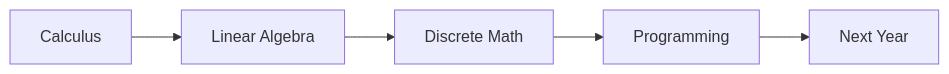
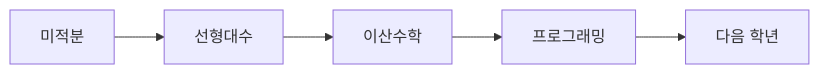
The diagram in content/computer-science-major-101/ko/02-first-year-subjects.md (yeongseon-books/book-content), drawn with Mermaid before and after one commit. The commit also changed other lines of this file and 8 other files, not shown here.

````diff
--- a/content/computer-science-major-101/ko/02-first-year-subjects.md
+++ b/content/computer-science-major-101/ko/02-first-year-subjects.md
@@ -33,7 +55,7 @@
 ```mermaid
 flowchart LR
-    C[Calculus] --> L[Linear Algebra]
-    L --> D[Discrete Math]
-    D --> P[Programming]
-    P --> N[Next Year]
+    C[미적분] --> L[선형대수]
+    L --> D[이산수학]
+    D --> P[프로그래밍]
+    P --> N[다음 학년]
 ```
````
